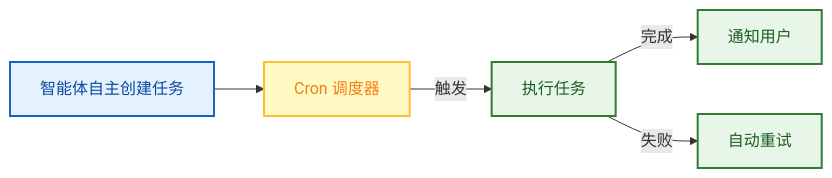
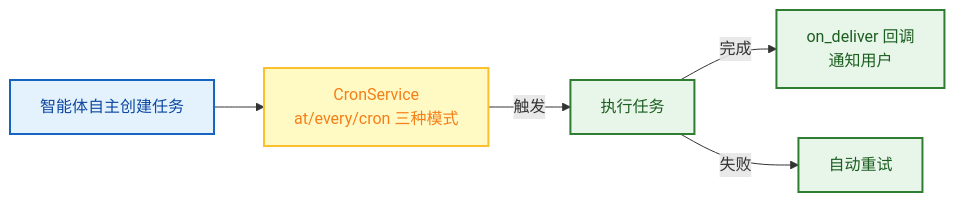
One commit to zhangjingyuan177-hue/FinchBot changed the ninth of 15 diagrams in docs/zh-CN/blog/finchbot-flexible-ai-agent-framework.md. Above: the diagram before and after it, drawn with Mermaid. The commit also changed other lines of this file and 8 other files, not shown here.

First line of the commit message:
docs: 全面更新文档，反映 CronService 和 SubagentManager 改进

````diff
--- a/docs/zh-CN/blog/finchbot-flexible-ai-agent-framework.md
+++ b/docs/zh-CN/blog/finchbot-flexible-ai-agent-framework.md
@@ -454,11 +468,11 @@
 ```mermaid
 flowchart LR
     classDef agent fill:#e3f2fd,stroke:#1565c0,stroke-width:2px,color:#0d47a1;
     classDef system fill:#fff9c4,stroke:#fbc02d,stroke-width:2px,color:#f57f17;
     classDef action fill:#e8f5e9,stroke:#2e7d32,stroke-width:2px,color:#1b5e20;
 
-    Agent[智能体自主创建任务]:::agent --> Scheduler[Cron 调度器]:::system
+    Agent[智能体自主创建任务]:::agent --> Scheduler[CronService<br/>at/every/cron 三种模式]:::system
     Scheduler --> |触发| Execute[执行任务]:::action
-    Execute --> |完成| Notify[通知用户]:::action
+    Execute --> |完成| Notify[on_deliver 回调<br/>通知用户]:::action
     Execute --> |失败| Retry[自动重试]:::action
 ```
````
